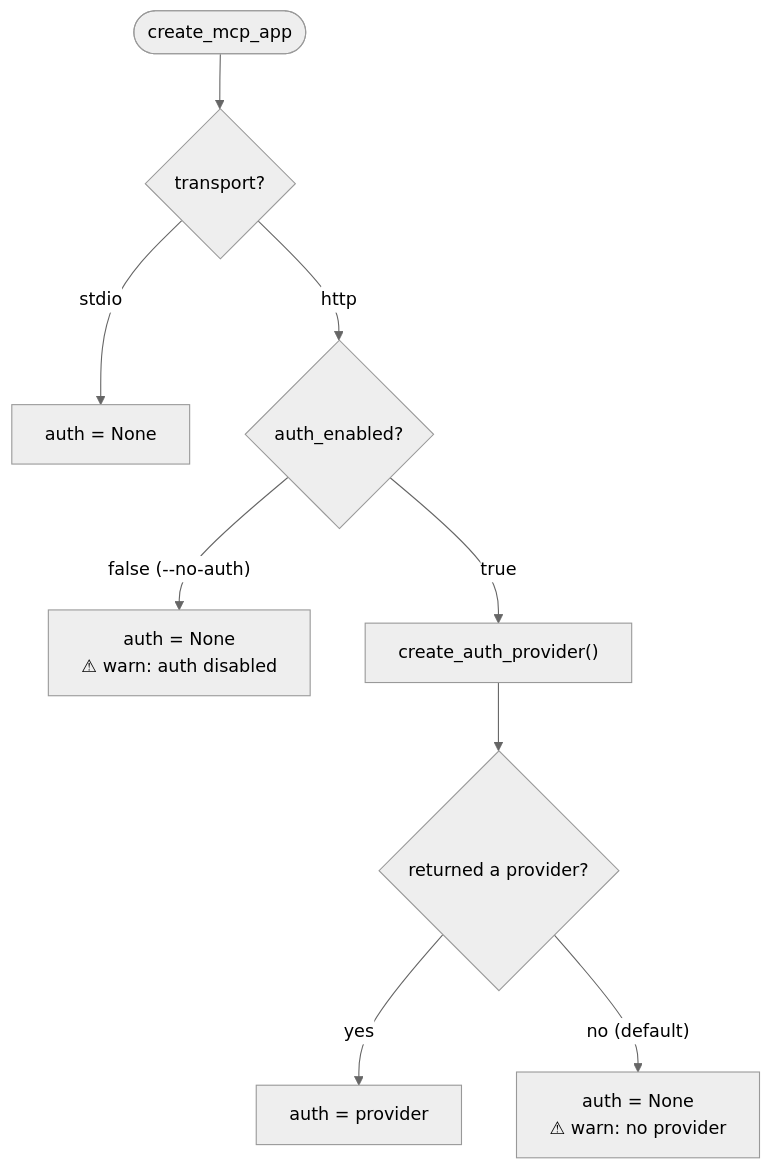
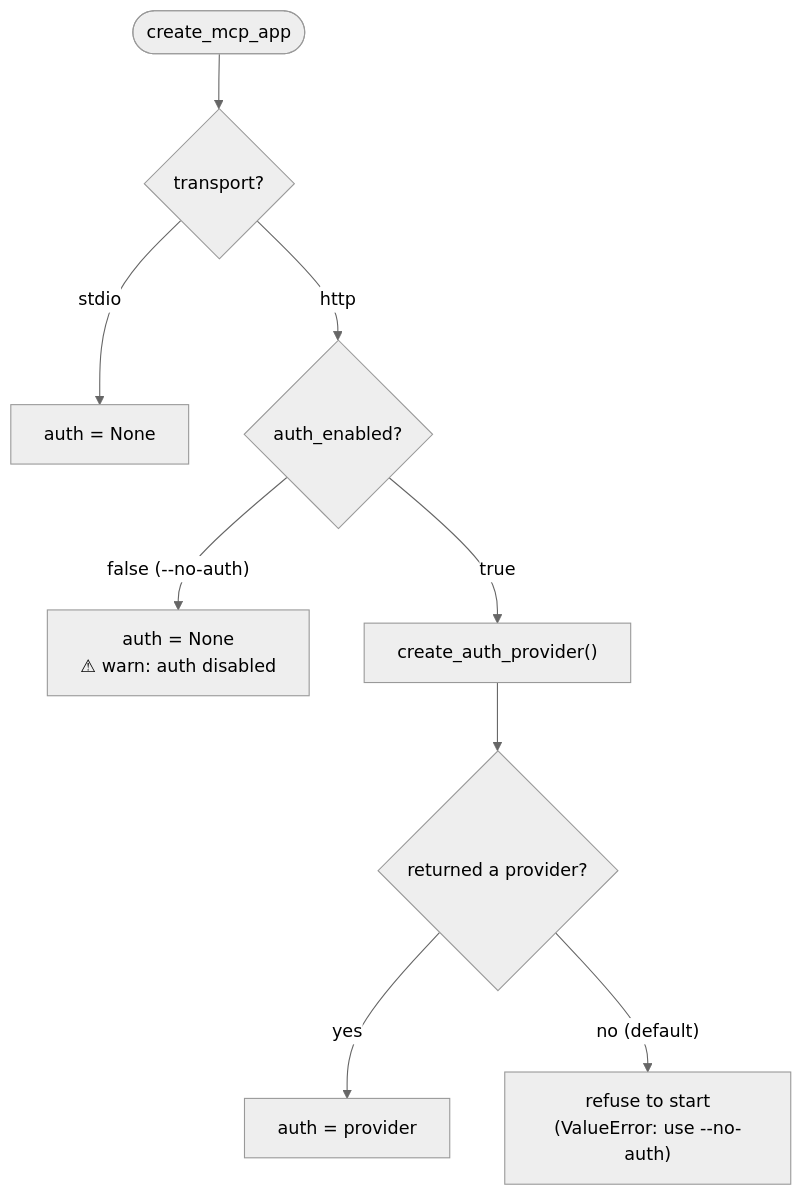
One commit to geosp/mcp-service-kit changed the fourth of 6 diagrams in docs/ARCHITECTURE.md. Above: the diagram before and after it, drawn with Mermaid (neutral theme). The commit also changed other lines of this file and 4 other files, not shown here.

````diff
--- a/docs/ARCHITECTURE.md
+++ b/docs/ARCHITECTURE.md
@@ -115,11 +115,11 @@
 ```mermaid
 flowchart TD
     start([create_mcp_app]) --> t{transport?}
     t -- stdio --> none[auth = None]
     t -- http --> en{auth_enabled?}
     en -- "false (--no-auth)" --> warn1[auth = None<br/>⚠ warn: auth disabled]
     en -- true --> hook["create_auth_provider()"]
     hook --> p{returned a provider?}
     p -- yes --> use[auth = provider]
-    p -- "no (default)" --> warn2[auth = None<br/>⚠ warn: no provider]
+    p -- "no (default)" --> refuse["refuse to start<br/>(ValueError: use --no-auth)"]
 ```
````
